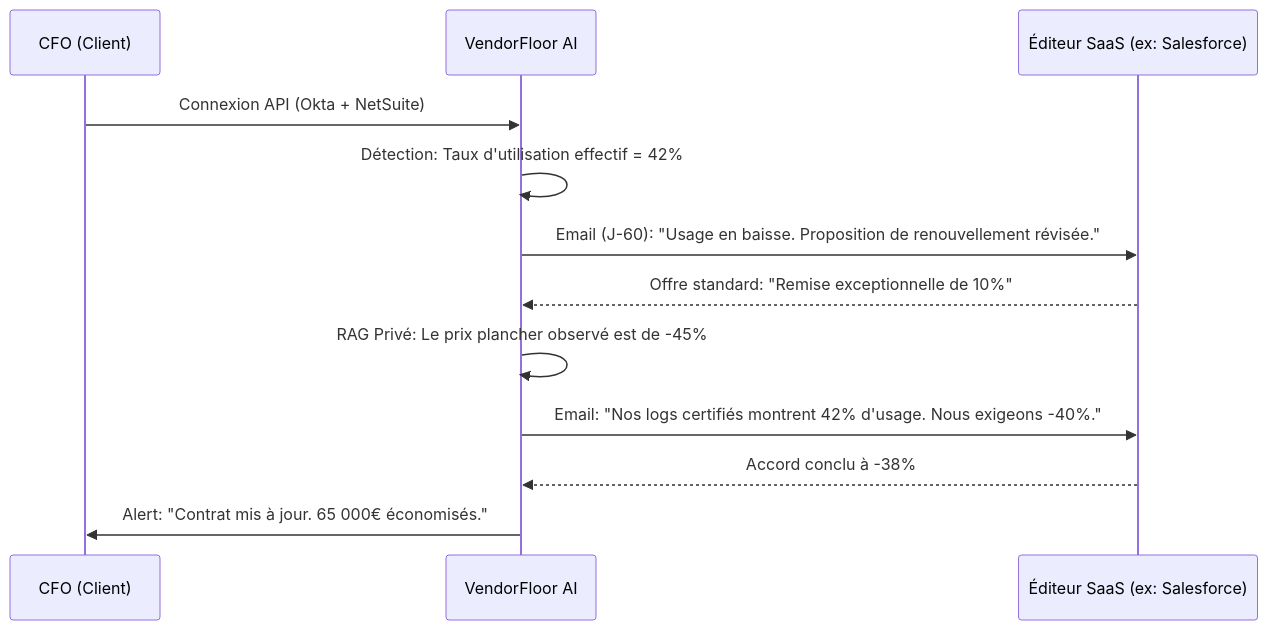
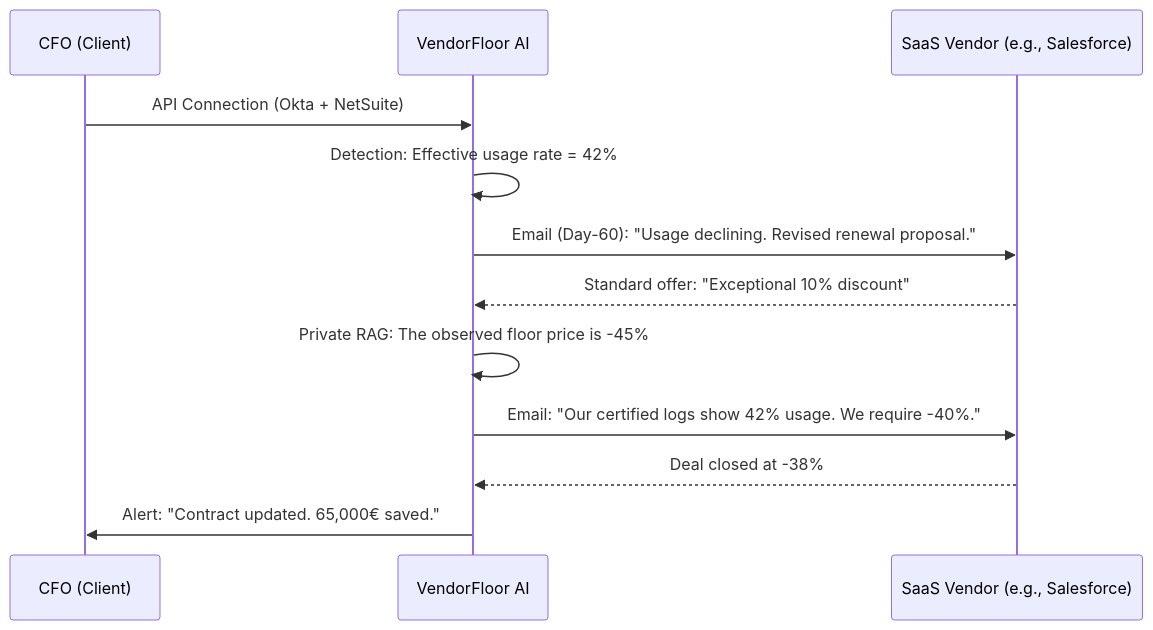
The second of 2 diagrams in ideas/vendorfloor-ai/README.md (flouzzy/top-100-ai-startup-ideas), drawn with Mermaid before and after one commit. The commit also changed other lines of this file and 21 other files, not shown here.

````diff
--- a/ideas/vendorfloor-ai/README.md
+++ b/ideas/vendorfloor-ai/README.md
@@ -61,14 +46,14 @@
 ```mermaid
 sequenceDiagram
     participant D as CFO (Client)
     participant V as VendorFloor AI
-    participant S as Éditeur SaaS (ex: Salesforce)
-    D->>V: Connexion API (Okta + NetSuite)
-    V->>V: Détection: Taux d'utilisation effectif = 42%
-    V->>S: Email (J-60): "Usage en baisse. Proposition de renouvellement révisée."
-    S-->>V: Offre standard: "Remise exceptionnelle de 10%"
-    V->>V: RAG Privé: Le prix plancher observé est de -45%
-    V->>S: Email: "Nos logs certifiés montrent 42% d'usage. Nous exigeons -40%."
-    S-->>V: Accord conclu à -38%
-    V->>D: Alert: "Contrat mis à jour. 65 000€ économisés."
+    participant S as SaaS Vendor (e.g., Salesforce)
+    D->>V: API Connection (Okta + NetSuite)
+    V->>V: Detection: Effective usage rate = 42%
+    V->>S: Email (Day-60): "Usage declining. Revised renewal proposal."
+    S-->>V: Standard offer: "Exceptional 10% discount"
+    V->>V: Private RAG: The observed floor price is -45%
+    V->>S: Email: "Our certified logs show 42% usage. We require -40%."
+    S-->>V: Deal closed at -38%
+    V->>D: Alert: "Contract updated. 65,000€ saved."
 ```
````
